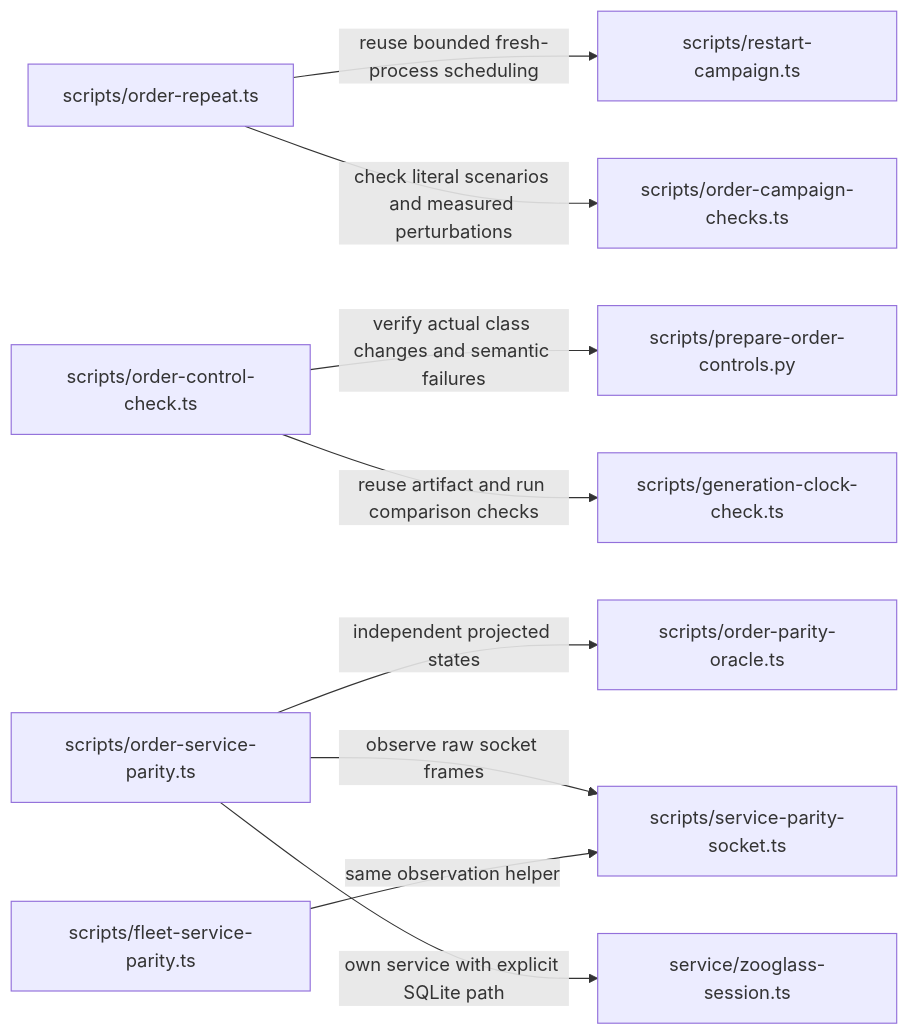
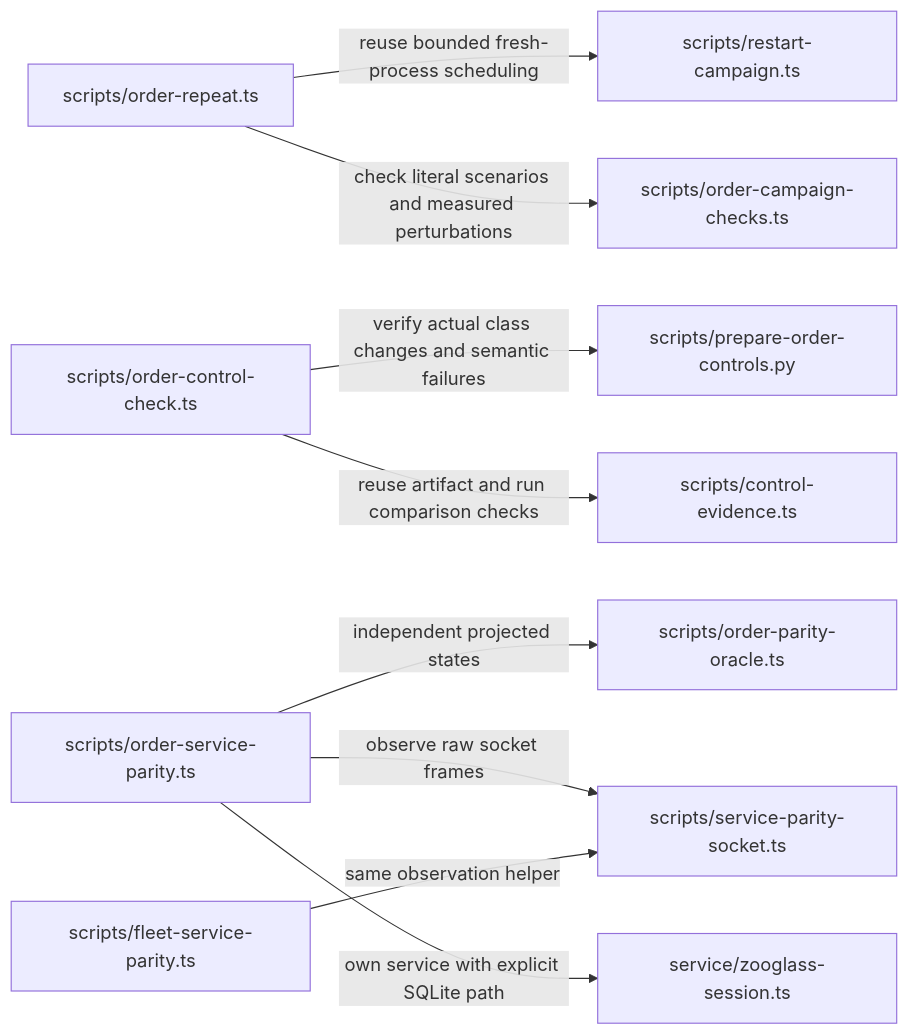
One commit to sproates/zooglass changed diagram 44 of 53 in workbench/docs/source-map.md. Above: the diagram before and after it, drawn with Mermaid. The commit also changed other lines of this file and 9 other files, not shown here.

Commit message:
Separate shared control evidence from clock qualification

````diff
--- a/workbench/docs/source-map.md
+++ b/workbench/docs/source-map.md
@@ -1144,11 +1150,11 @@
 ```mermaid
 flowchart LR
   campaign["scripts/order-repeat.ts"] -->|reuse bounded fresh-process scheduling| runner["scripts/restart-campaign.ts"]
   campaign -->|check literal scenarios and measured perturbations| checks["scripts/order-campaign-checks.ts"]
   controls["scripts/order-control-check.ts"] -->|verify actual class changes and semantic failures| preparation["scripts/prepare-order-controls.py"]
-  controls -->|reuse artifact and run comparison checks| evidence["scripts/generation-clock-check.ts"]
+  controls -->|reuse artifact and run comparison checks| evidence["scripts/control-evidence.ts"]
   parity["scripts/order-service-parity.ts"] -->|independent projected states| oracle["scripts/order-parity-oracle.ts"]
   parity -->|observe raw socket frames| socket["scripts/service-parity-socket.ts"]
   fleet["scripts/fleet-service-parity.ts"] -->|same observation helper| socket
   parity -->|own service with explicit SQLite path| session["service/zooglass-session.ts"]
 ```
````
